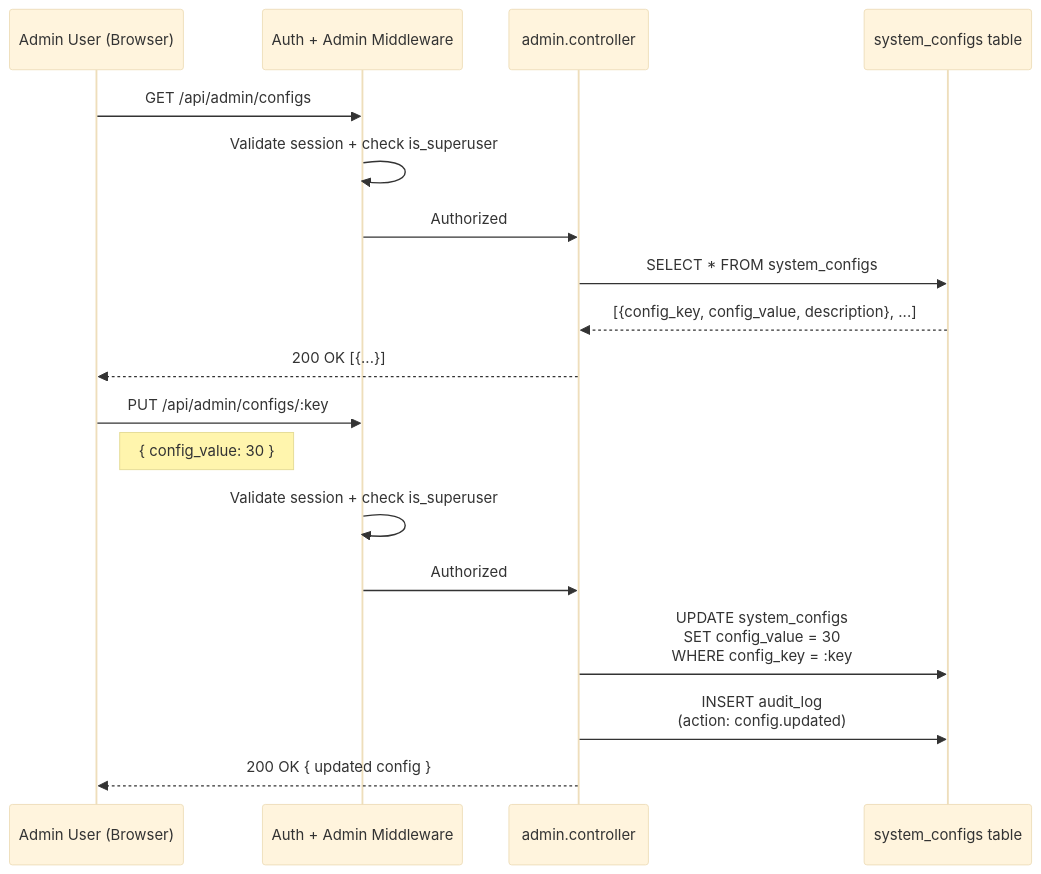
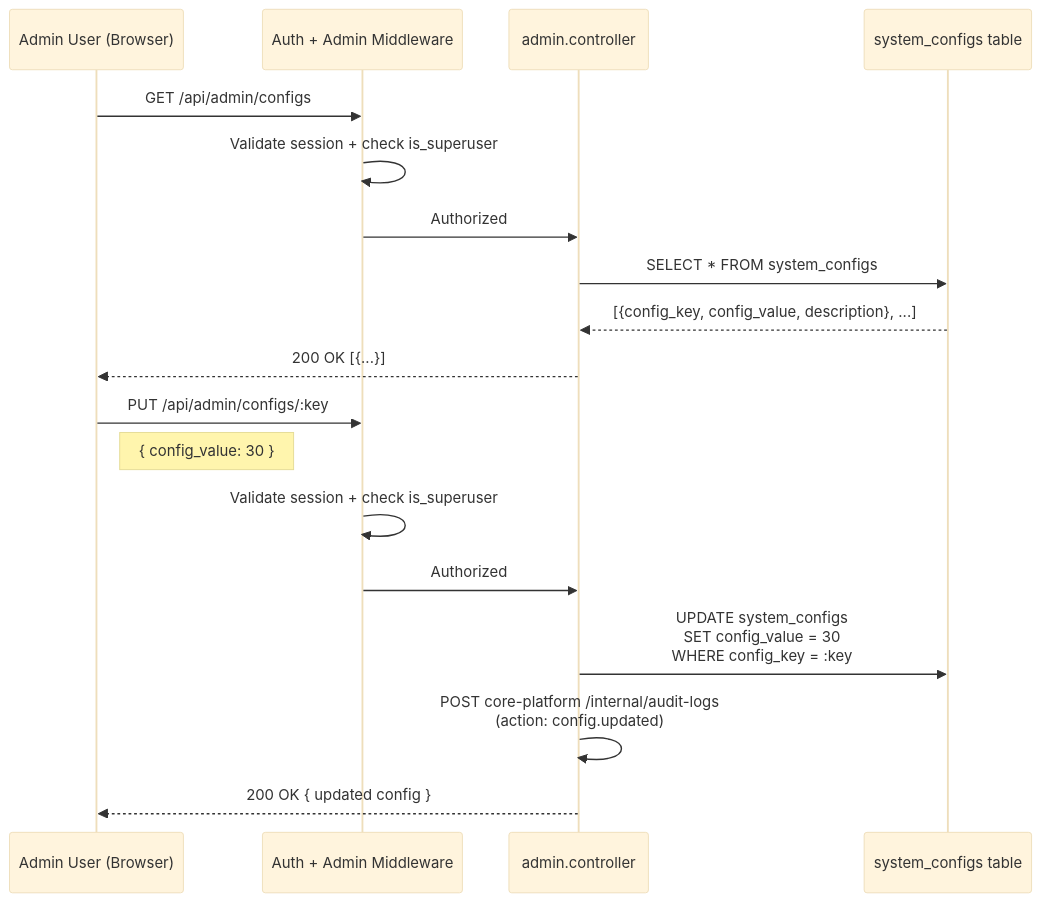
Before and after one commit to salesduo-arnav/sd-buybox: the fifth of 6 diagrams in docs/flow_diagrams.md, drawn with Mermaid (base theme). The commit also changed other lines of this file and 4 other files, not shown here.

````diff
--- a/docs/flow_diagrams.md
+++ b/docs/flow_diagrams.md
@@ -173,22 +170,22 @@
 ```mermaid
 sequenceDiagram
     participant Admin as Admin User (Browser)
     participant MW as Auth + Admin Middleware
     participant API as admin.controller
     participant DB as system_configs table
 
     Admin->>MW: GET /api/admin/configs
     MW->>MW: Validate session + check is_superuser
     MW->>API: Authorized
     API->>DB: SELECT * FROM system_configs
     DB-->>API: [{config_key, config_value, description}, ...]
     API-->>Admin: 200 OK [{...}]
 
     Admin->>MW: PUT /api/admin/configs/:key
     Note right of Admin: { config_value: 30 }
     MW->>MW: Validate session + check is_superuser
     MW->>API: Authorized
     API->>DB: UPDATE system_configs<br/>SET config_value = 30<br/>WHERE config_key = :key
-    API->>DB: INSERT audit_log<br/>(action: config.updated)
+    API->>API: POST core-platform /internal/audit-logs<br/>(action: config.updated)
     API-->>Admin: 200 OK { updated config }
 ```
````
